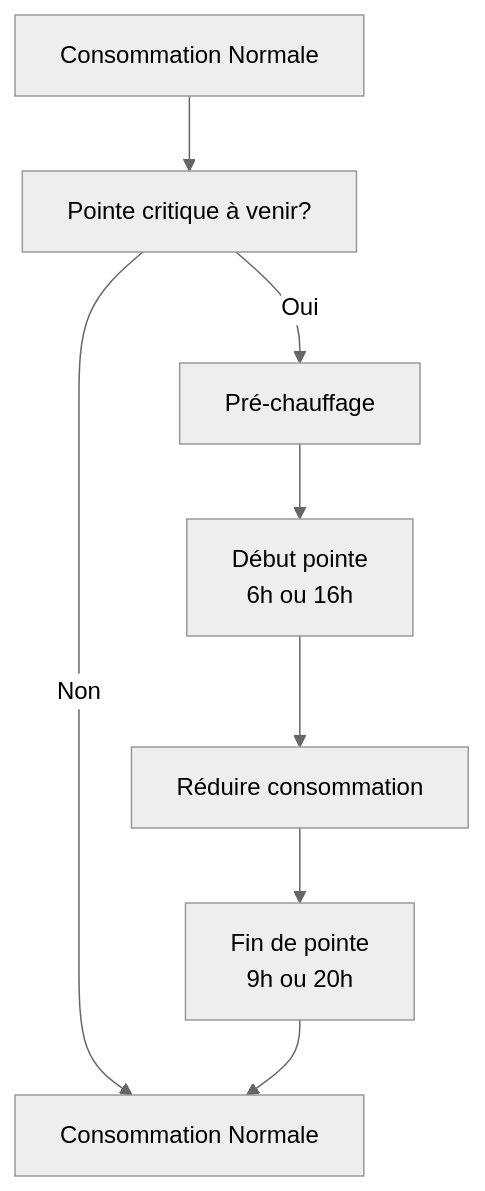
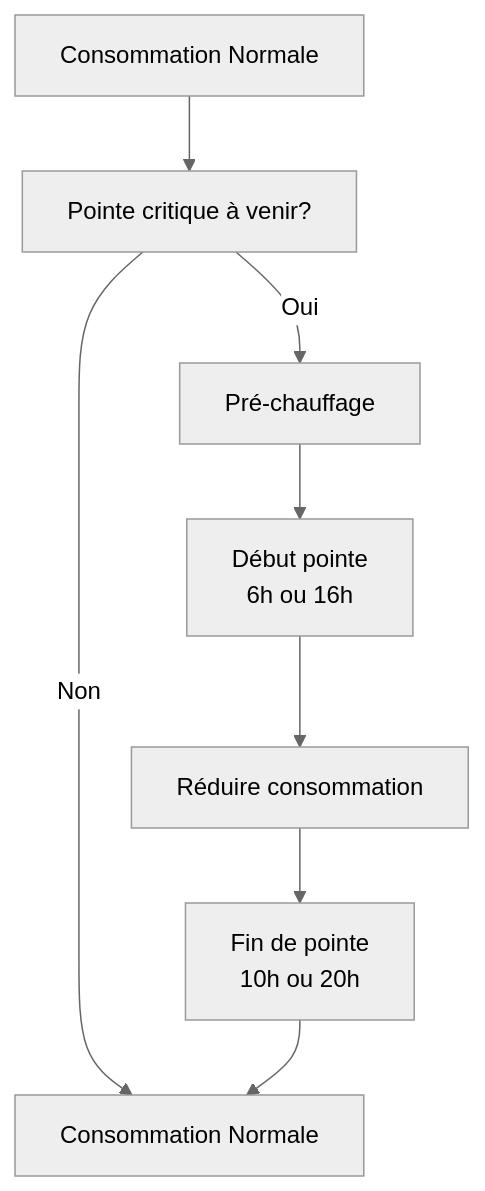
Before and after one commit to hydroqc/hydroqc.github.io: the first of 3 diagrams in content/fr/docs/Tarification Dynamique/Winter Credits/optimization-logics.md, drawn with Mermaid (neutral theme). The commit also changed other lines of this file and 7 other files, not shown here.

````diff
--- a/content/fr/docs/Tarification Dynamique/Winter Credits/optimization-logics.md
+++ b/content/fr/docs/Tarification Dynamique/Winter Credits/optimization-logics.md
@@ -39,11 +41,11 @@
 ```mermaid
 graph TD
   NormalStart[Consommation Normale] --> UpcomingCriticalPeak[Pointe critique à venir?]
   UpcomingCriticalPeak -->|Oui| PreHeatStart
   UpcomingCriticalPeak -->|Non| NormalEnd
   PreHeatStart[Pré-chauffage]-->PeakStart
   PeakStart[Début pointe<br/>6h ou 16h] -->PeakLowCon[Réduire consommation]
   PeakLowCon --> PeakEnd
-  PeakEnd[Fin de pointe<br/>9h ou 20h] --> NormalEnd[Consommation Normale]
+  PeakEnd[Fin de pointe<br/>10h ou 20h] --> NormalEnd[Consommation Normale]
 
 ```
````
